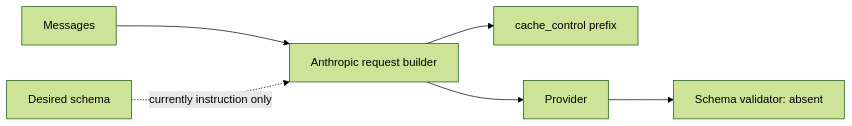
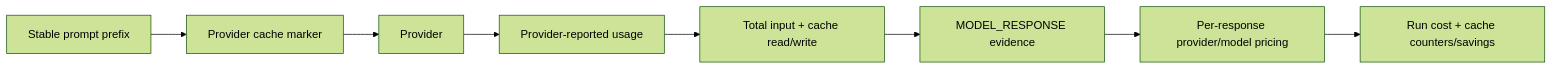
Before and after one commit to levalencia/archon: the second of 3 diagrams in docs/course/concepts/structured-output-prompt-caching.md, drawn with Mermaid (forest theme). The commit also changed other lines of this file and 1 other file, not shown here.

Commit message:
docs: record provider contract acceptance

````diff
--- a/docs/course/concepts/structured-output-prompt-caching.md
+++ b/docs/course/concepts/structured-output-prompt-caching.md
@@ -19,8 +42,10 @@
 ```mermaid
 flowchart LR
-    Messages --> Builder[Anthropic request builder]
-    Schema[Desired schema] -. currently instruction only .-> Builder
-    Builder --> Cache[cache_control prefix]
-    Builder --> Provider
-    Provider --> Validator[Schema validator: absent]
+    Prefix[Stable prompt prefix] --> Marker[Provider cache marker]
+    Marker --> Provider
+    Provider --> Usage[Provider-reported usage]
+    Usage --> Normalize[Total input + cache read/write]
+    Normalize --> Event[MODEL_RESPONSE evidence]
+    Event --> Cost[Per-response provider/model pricing]
+    Cost --> SSE[Run cost + cache counters/savings]
 ```
````
